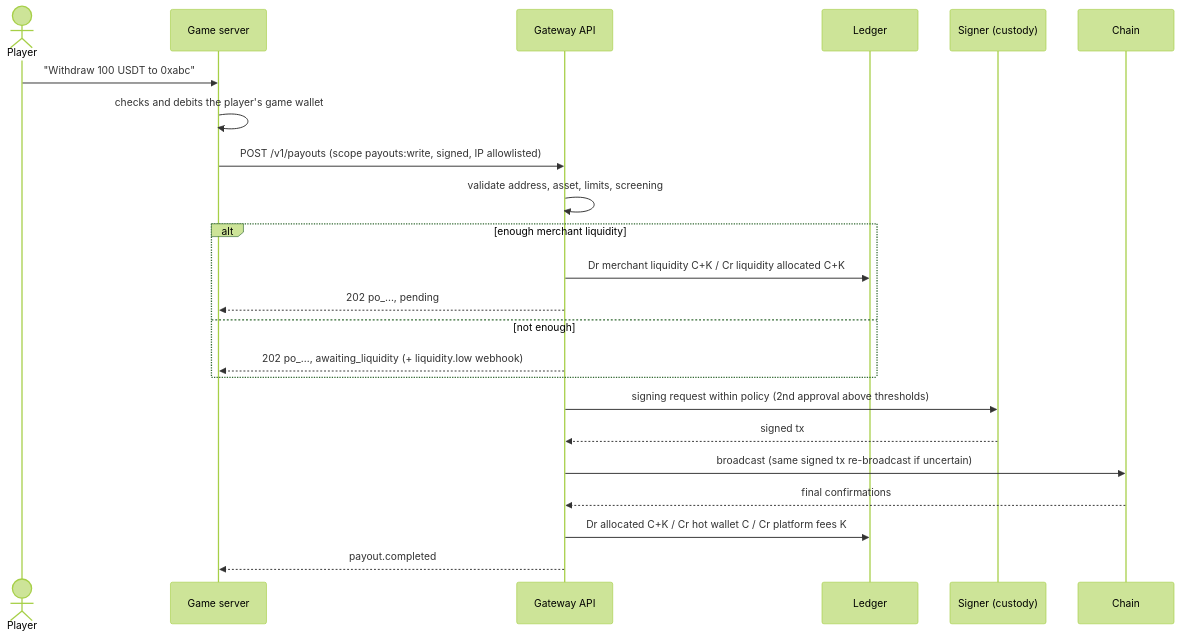
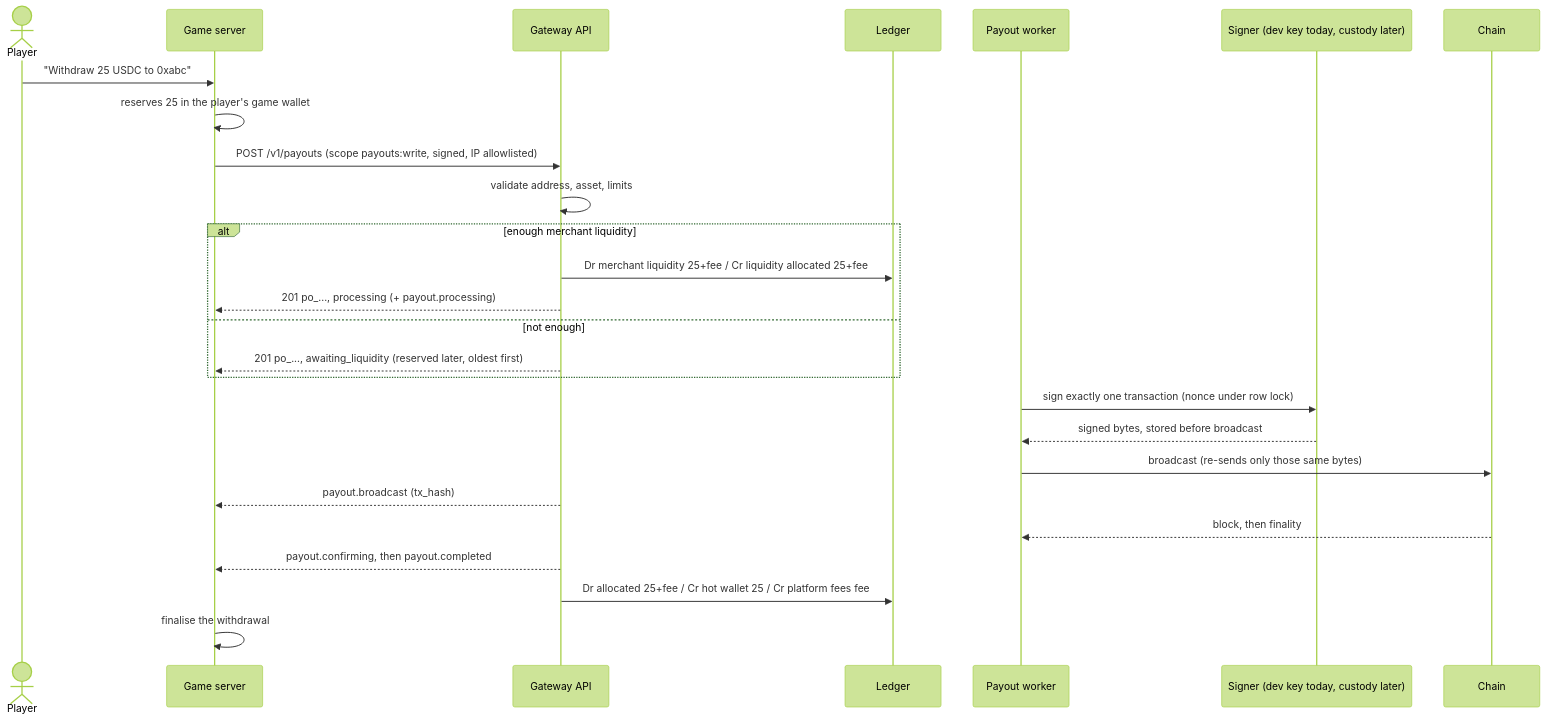
One commit to latheesh-ctrl/crypto-payment-gateway changed the seventh of 7 diagrams in docs/end-to-end-workflows.md. Above: the diagram before and after it, drawn with Mermaid (forest theme). The commit also changed other lines of this file and 4 other files, not shown here.

````diff
--- a/docs/end-to-end-workflows.md
+++ b/docs/end-to-end-workflows.md
@@ -296,25 +297,28 @@
 ```mermaid
 sequenceDiagram
     actor P as Player
     participant G as Game server
     participant API as Gateway API
     participant L as Ledger
-    participant S as Signer (custody)
+    participant Wk as Payout worker
+    participant S as Signer (dev key today, custody later)
     participant C as Chain
-    P->>G: "Withdraw 100 USDT to 0xabc"
-    G->>G: checks and debits the player's game wallet
+    P->>G: "Withdraw 25 USDC to 0xabc"
+    G->>G: reserves 25 in the player's game wallet
     G->>API: POST /v1/payouts (scope payouts:write, signed, IP allowlisted)
-    API->>API: validate address, asset, limits, screening
+    API->>API: validate address, asset, limits
     alt enough merchant liquidity
-        API->>L: Dr merchant liquidity C+K / Cr liquidity allocated C+K
-        API-->>G: 202 po_..., pending
+        API->>L: Dr merchant liquidity 25+fee / Cr liquidity allocated 25+fee
+        API-->>G: 201 po_..., processing (+ payout.processing)
     else not enough
-        API-->>G: 202 po_..., awaiting_liquidity (+ liquidity.low webhook)
+        API-->>G: 201 po_..., awaiting_liquidity (reserved later, oldest first)
     end
-    API->>S: signing request within policy (2nd approval above thresholds)
-    S-->>API: signed tx
-    API->>C: broadcast (same signed tx re-broadcast if uncertain)
-    C-->>API: final confirmations
-    API->>L: Dr allocated C+K / Cr hot wallet C / Cr platform fees K
-    API-->>G: payout.completed
+    Wk->>S: sign exactly one transaction (nonce under row lock)
+    S-->>Wk: signed bytes, stored before broadcast
+    Wk->>C: broadcast (re-sends only those same bytes)
+    API-->>G: payout.broadcast (tx_hash)
+    C-->>Wk: block, then finality
+    API-->>G: payout.confirming, then payout.completed
+    API->>L: Dr allocated 25+fee / Cr hot wallet 25 / Cr platform fees fee
+    G->>G: finalise the withdrawal
 ```
````
